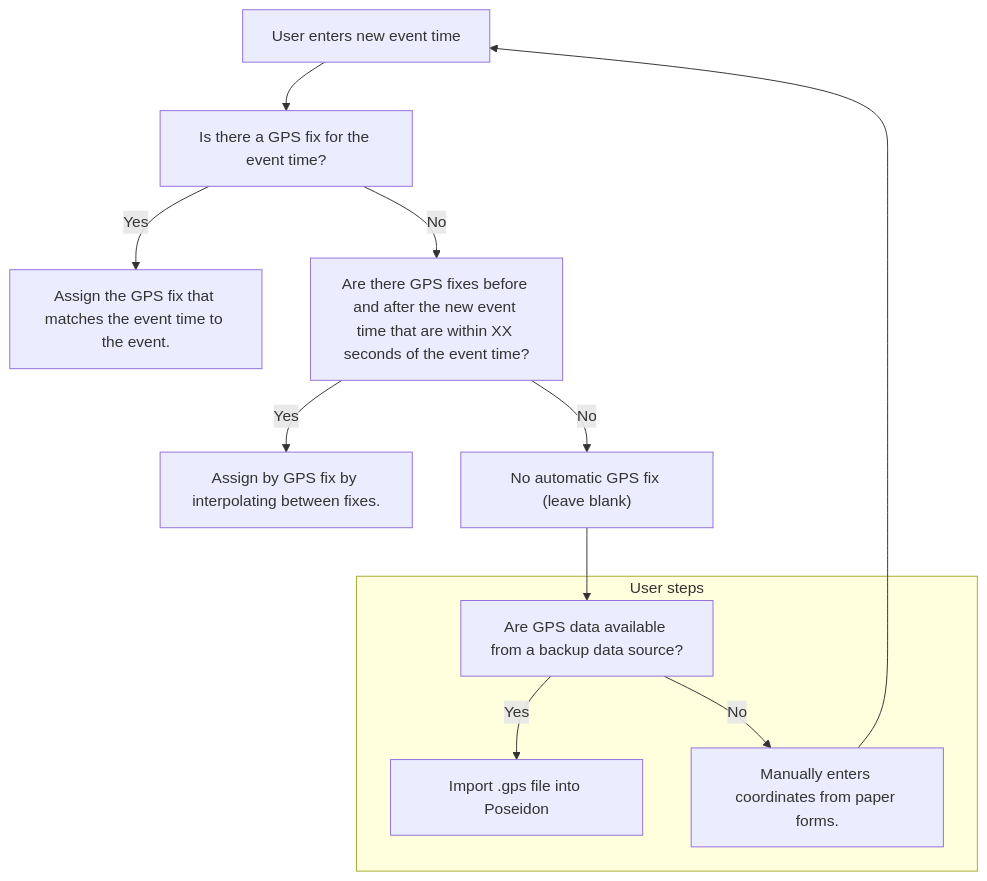
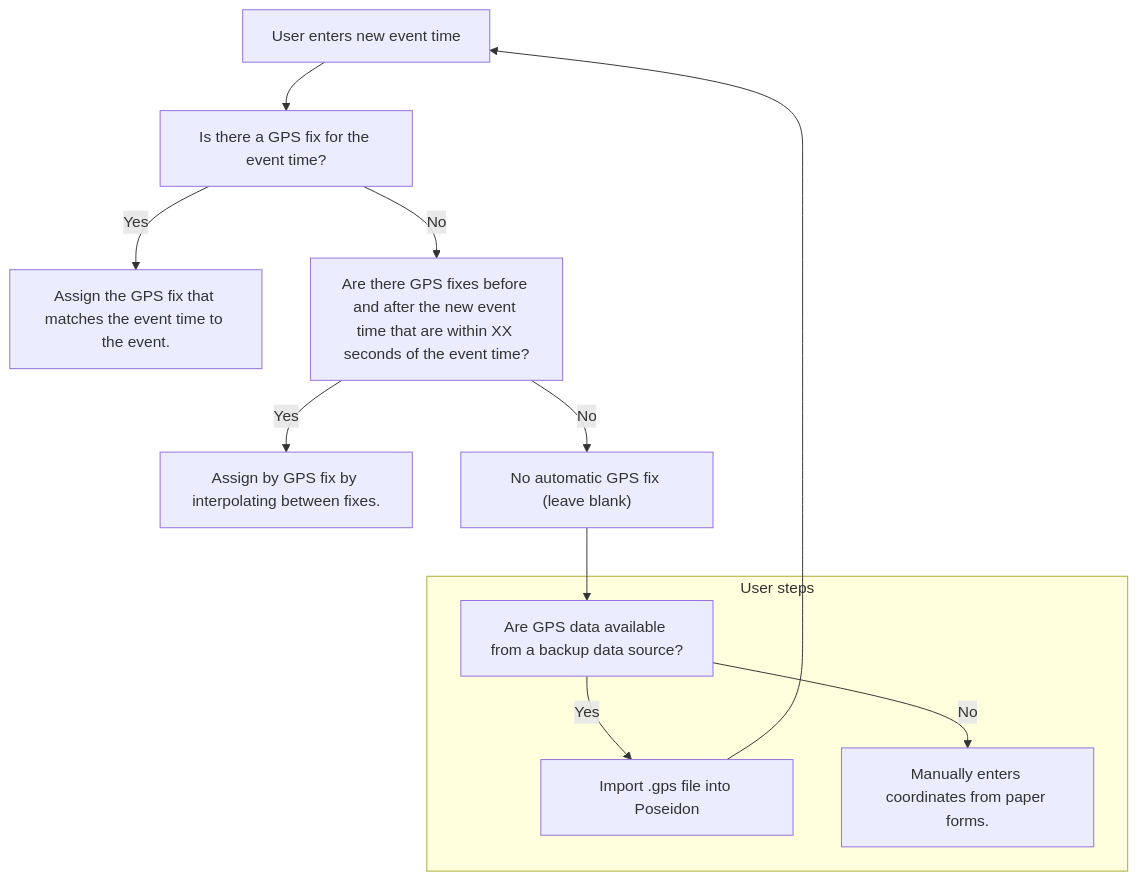
Before and after one commit to afsc-gap-products/navmaps: the diagram in assets/changing_event_time.md, drawn with Mermaid.

Commit message:
Format flowchart

````diff
--- a/assets/changing_event_time.md
+++ b/assets/changing_event_time.md
@@ -3,13 +3,13 @@
 ``` mermaid
 graph TD
   A["User enters new event time"]-->B["Is there a GPS fix for the event time?"]--> |Yes| C["Assign the GPS fix that matches the event time to the event."]
   B["Is there a GPS fix for the event time?"]--> |No| D["Are there GPS fixes before and after the new event time that are within XX seconds of the event time?"]
   D["Are there GPS fixes before and after the new event time that are within XX seconds of the event time?"]--> |Yes| E["Assign by GPS fix by interpolating between fixes."]
   D["Are there GPS fixes before and after the new event time that are within XX seconds of the event time?"]--> |No| F["No automatic GPS fix (leave blank)"]
   F["No automatic GPS fix (leave blank)"]--> G["Are GPS data available from a backup data source?"]
   subgraph User steps
     G["Are GPS data available from a backup data source?"]--> |Yes| H["Import .gps file into Poseidon"]
     G["Are GPS data available from a backup data source?"]--> |No| I["Manually enters coordinates from paper forms."]
   end
-  I["Manually enters coordinates from paper forms."]--> A["User enters new event time"]
+  H["Import .gps file into Poseidon"]--> A["User enters new event time"]
 ```
````
